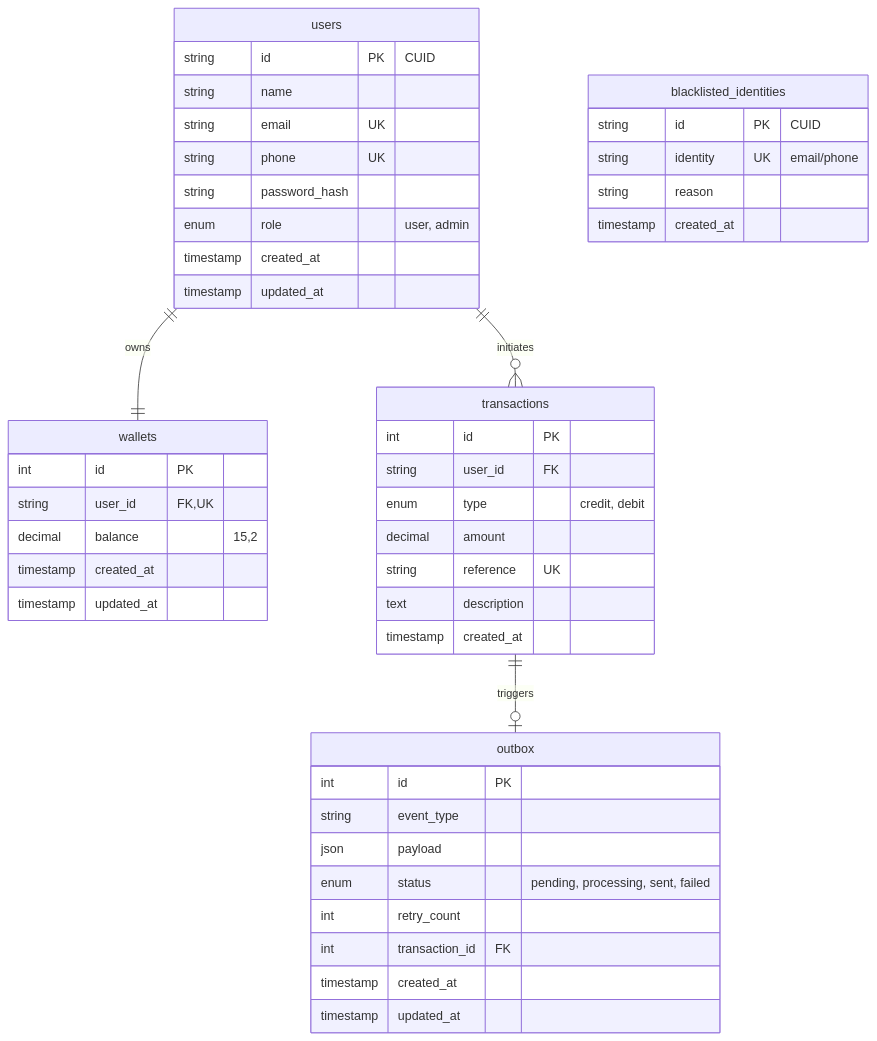
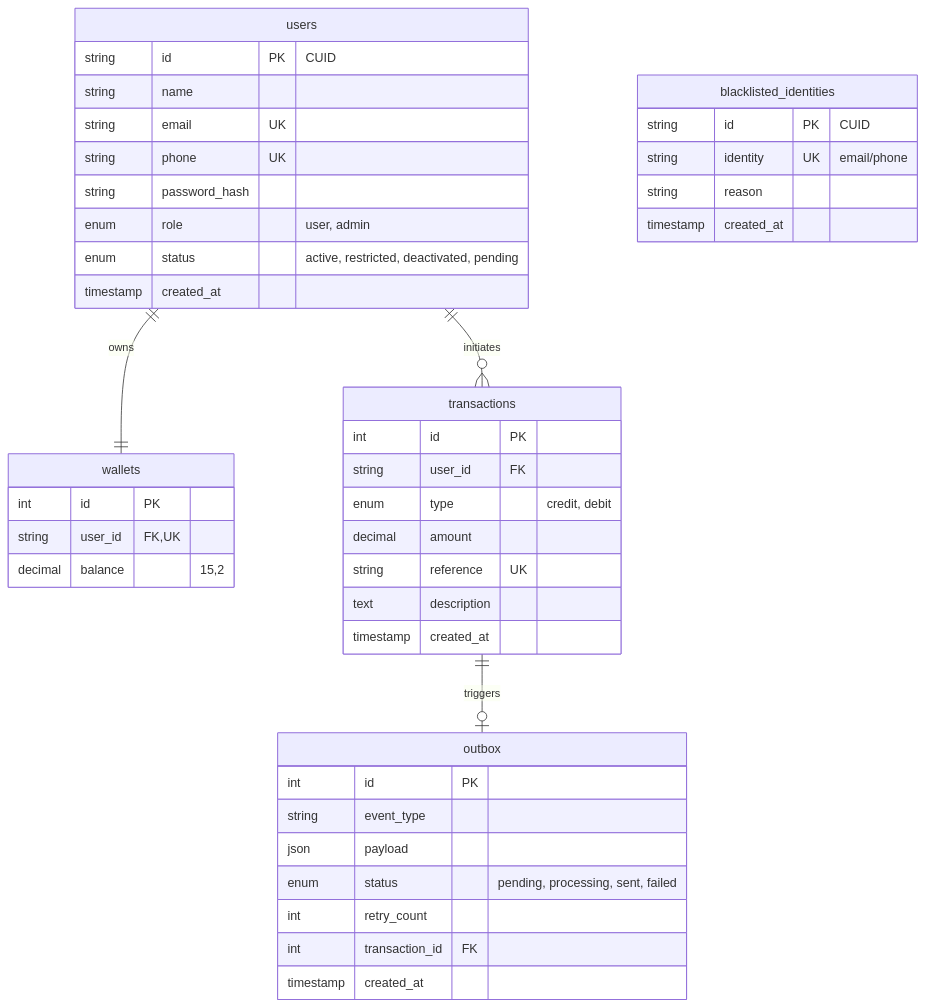
The diagram in README.md (sirlawglobal/Lendsqr_Wallet), drawn with Mermaid before and after one commit. The commit also changed other lines of this file and 17 other files, not shown here.

````diff
--- a/README.md
+++ b/README.md
@@ -31,53 +30,50 @@
 ```mermaid
 erDiagram
     users ||--|| wallets : "owns"
     users ||--o{ transactions : "initiates"
     transactions ||--o| outbox : "triggers"
     
     users {
         string id PK "CUID"
         string name
         string email UK
         string phone UK
         string password_hash
         enum role "user, admin"
+        enum status "active, restricted, deactivated, pending"
         timestamp created_at
-        timestamp updated_at
     }
 
     wallets {
         int id PK
         string user_id FK, UK
         decimal balance "15,2"
-        timestamp created_at
-        timestamp updated_at
     }
 
     transactions {
         int id PK
         string user_id FK
         enum type "credit, debit"
         decimal amount
         string reference UK
         text description
         timestamp created_at
     }
 
     outbox {
         int id PK
         string event_type
         json payload
         enum status "pending, processing, sent, failed"
         int retry_count
         int transaction_id FK
         timestamp created_at
-        timestamp updated_at
     }
 
     blacklisted_identities {
         string id PK "CUID"
         string identity UK "email/phone"
         string reason
         timestamp created_at
     }
 ```
````
